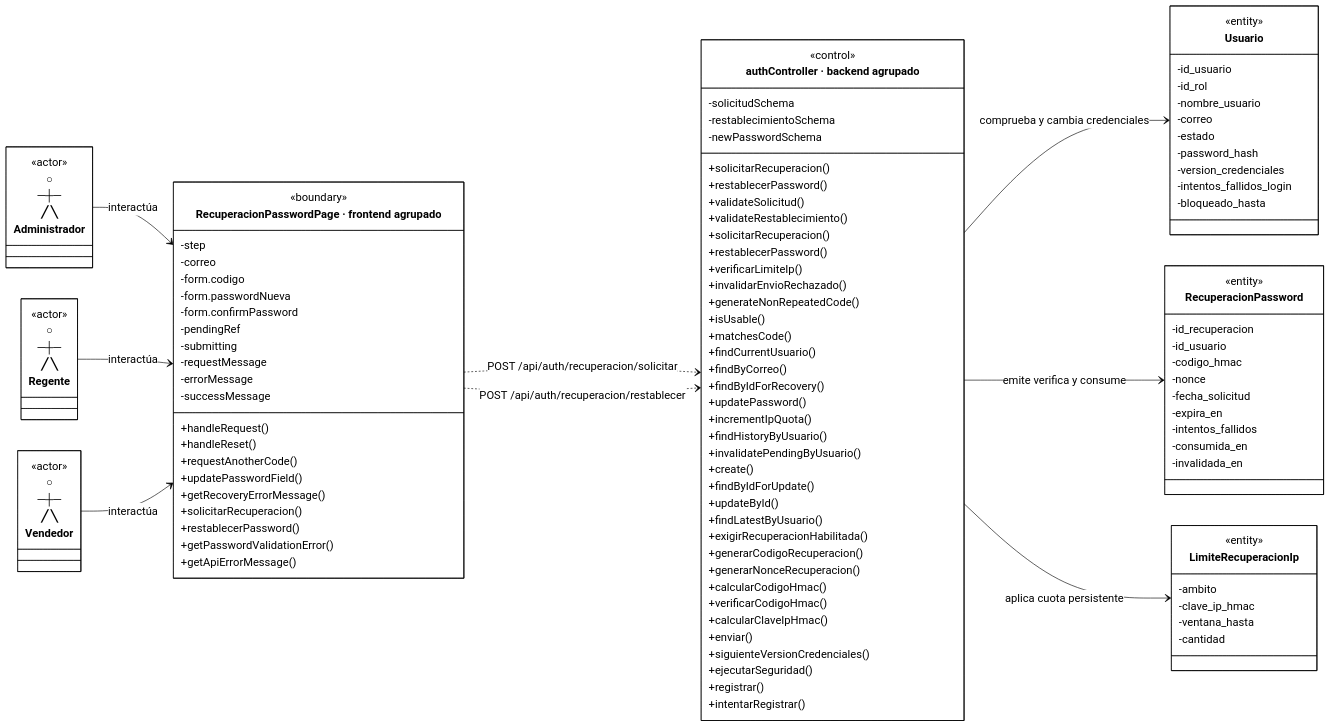
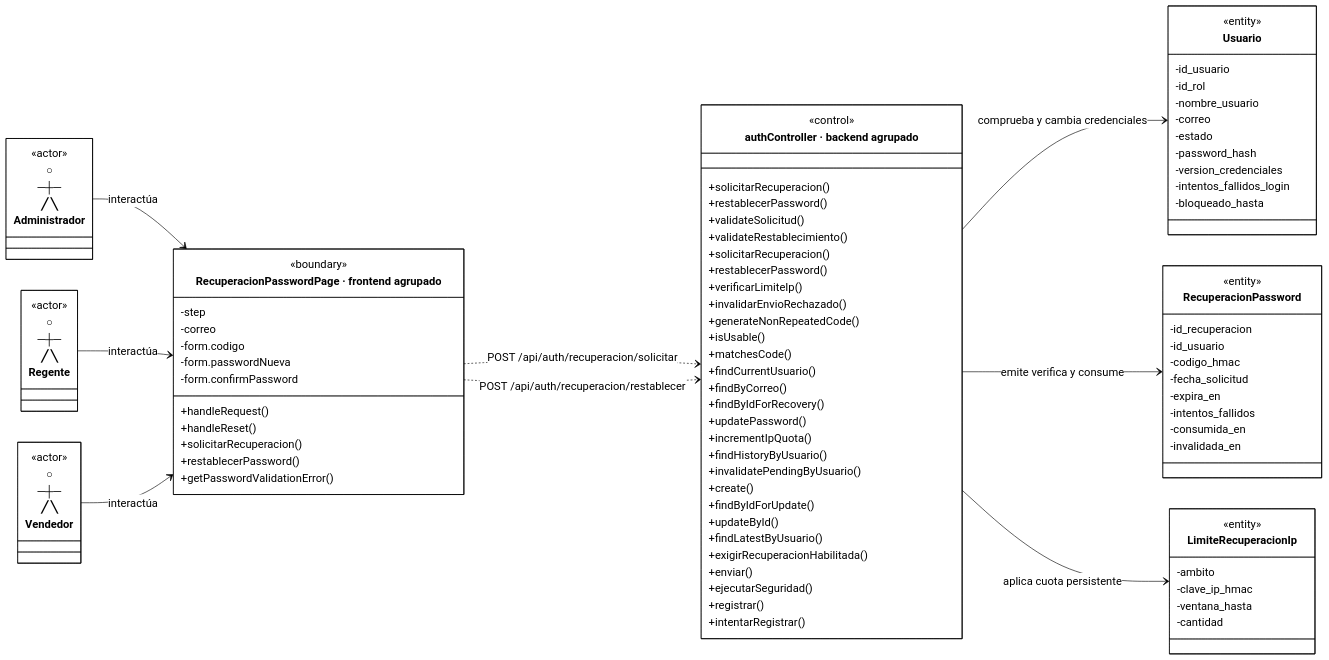
The tenth of 35 diagrams in docs/ai/analisis-clases-academico-simplificado.md (CreepyBowDev/cadefar-inventory-system), drawn with Mermaid before and after one commit. The commit also changed other lines of this file, not shown here.

````diff
--- a/docs/ai/analisis-clases-academico-simplificado.md
+++ b/docs/ai/analisis-clases-academico-simplificado.md
@@ -838,5 +755,5 @@
 ```mermaid
-%%{init: {"theme":"base","htmlLabels":true,"markdownAutoWrap":false,"class":{"useMaxWidth":false},"themeCSS":".node.actor .label-container path{stroke:none!important;fill:none!important;} .node.actor .divider{display:none;} .nodeLabel{color:#000000!important;} .node .label div{display:table-cell!important;white-space:nowrap!important;max-width:none!important;} .control .methods-group .label:nth-child(1) p::after{content:\" [controller]\";} .control .methods-group .label:nth-child(2) p::after{content:\" [controller]\";} .control .methods-group .label:nth-child(5) p::after{content:\" [service]\";} .control .methods-group .label:nth-child(6) p::after{content:\" [service]\";} .control .methods-group .label:nth-child(31) p::after{content:\" [auditoria]\";} .control .methods-group .label:nth-child(32) p::after{content:\" [auditoria]\";} .control .methods-group .label:nth-child(33) p::after{content:\" [auditoria]\";}","themeVariables":{"background":"#ffffff","primaryColor":"#ffffff","primaryTextColor":"#000000","primaryBorderColor":"#000000","secondaryColor":"#ffffff","tertiaryColor":"#ffffff","lineColor":"#000000","textColor":"#000000","fontFamily":"Arial","fontSize":"18px"}}}%%
+%%{init: {"theme":"base","htmlLabels":true,"markdownAutoWrap":false,"class":{"useMaxWidth":false},"themeCSS":".node.actor .label-container path{stroke:none!important;fill:none!important;} .node.actor .divider{display:none;} .nodeLabel{color:#000000!important;} .node .label div{display:table-cell!important;white-space:nowrap!important;max-width:none!important;} .control .methods-group .label:nth-child(1) p::after{content:\" [controller]\";}.control .methods-group .label:nth-child(2) p::after{content:\" [controller]\";}.control .methods-group .label:nth-child(5) p::after{content:\" [service]\";}.control .methods-group .label:nth-child(6) p::after{content:\" [service]\";}.control .methods-group .label:nth-child(25) p::after{content:\" [auditoria]\";}.control .methods-group .label:nth-child(26) p::after{content:\" [auditoria]\";}.control .methods-group .label:nth-child(27) p::after{content:\" [auditoria]\";}","themeVariables":{"background":"#ffffff","primaryColor":"#ffffff","primaryTextColor":"#000000","primaryBorderColor":"#000000","secondaryColor":"#ffffff","tertiaryColor":"#ffffff","lineColor":"#000000","textColor":"#000000","fontFamily":"Arial","fontSize":"18px"}}}%%
 %%{init: {"state":{"useMaxWidth":false}}}%%
 classDiagram
     direction LR
@@ -853,26 +770,14 @@
         -form.codigo
         -form.passwordNueva
         -form.confirmPassword
-        -pendingRef
-        -submitting
-        -requestMessage
-        -errorMessage
-        -successMessage
         +handleRequest()
         +handleReset()
-        +requestAnotherCode()
-        +updatePasswordField()
-        +getRecoveryErrorMessage()
         +solicitarRecuperacion()
         +restablecerPassword()
         +getPasswordValidationError()
-        +getApiErrorMessage()
     }
     class Control["authController · backend agrupado"] {
         <<control>>
-        -solicitudSchema
-        -restablecimientoSchema
-        -newPasswordSchema
         %% solicitarRecuperacion() [controller]
         +solicitarRecuperacion()
         %% restablecerPassword() [controller]
@@ -900,13 +805,7 @@
         +updateById()
         +findLatestByUsuario()
         +exigirRecuperacionHabilitada()
-        +generarCodigoRecuperacion()
-        +generarNonceRecuperacion()
-        +calcularCodigoHmac()
-        +verificarCodigoHmac()
-        +calcularClaveIpHmac()
         +enviar()
-        +siguienteVersionCredenciales()
         %% ejecutarSeguridad() [auditoria]
         +ejecutarSeguridad()
         %% registrar() [auditoria]
@@ -931,7 +830,6 @@
         -id_recuperacion
         -id_usuario
         -codigo_hmac
-        -nonce
         -fecha_solicitud
         -expira_en
         -intentos_fallidos
````
